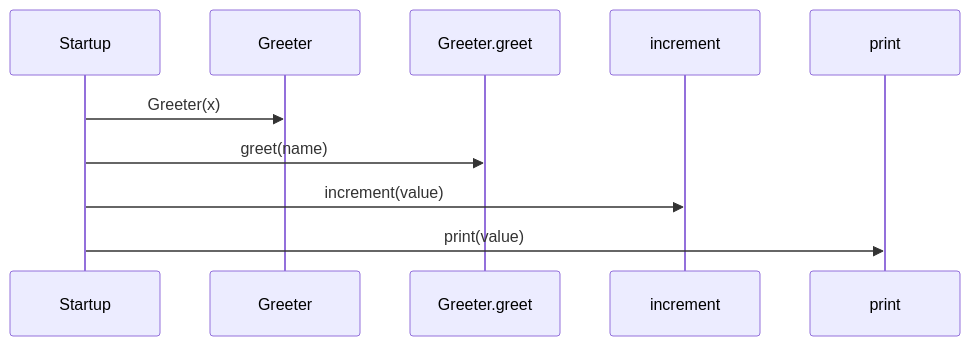
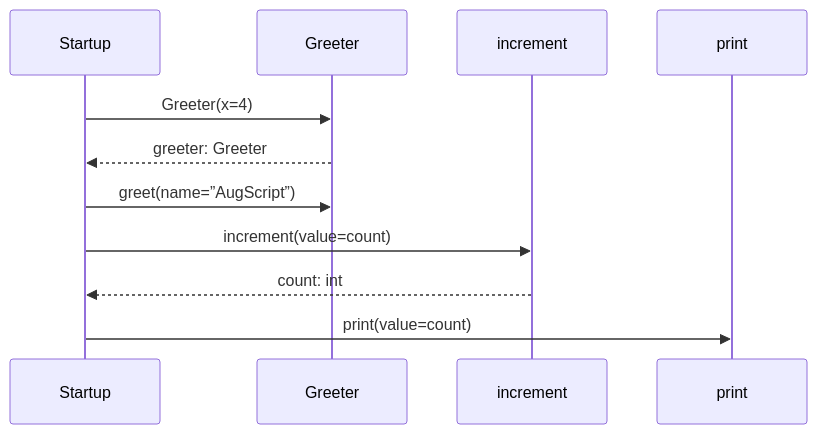
Before and after one commit to GreenPandaStudios/augscript: the third of 3 diagrams in docs/examples/new-syntax/main-diagrams.md, drawn with Mermaid. The commit also changed other lines of this file and 524 other files, not shown here.

Commit message:
Explain checked data flow at folder and service levels

````diff
--- a/docs/examples/new-syntax/main-diagrams.md
+++ b/docs/examples/new-syntax/main-diagrams.md
@@ -51,12 +53,13 @@
 ```mermaid
 sequenceDiagram
     participant p0 as Startup
     participant p1 as Greeter
-    participant p2 as Greeter.greet
-    participant p3 as increment
-    participant p4 as print
-    p0->>p1: Greeter(x)
-    p0->>p2: greet(name)
-    p0->>p3: increment(value)
-    p0->>p4: print(value)
+    participant p2 as increment
+    participant p3 as print
+    p0->>p1: Greeter(x=4)
+    p1-->>p0: greeter: Greeter
+    p0->>p1: greet(name=”AugScript”)
+    p0->>p2: increment(value=count)
+    p2-->>p0: count: int
+    p0->>p3: print(value=count)
 ```
````
